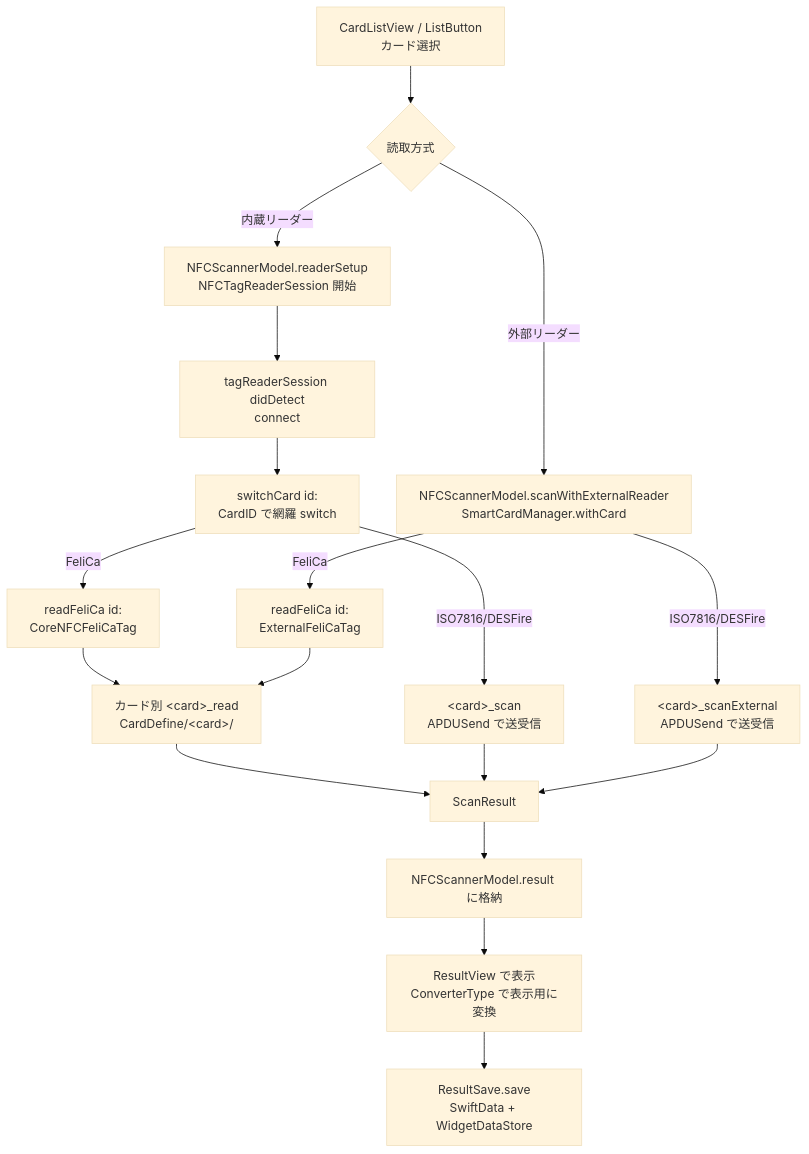
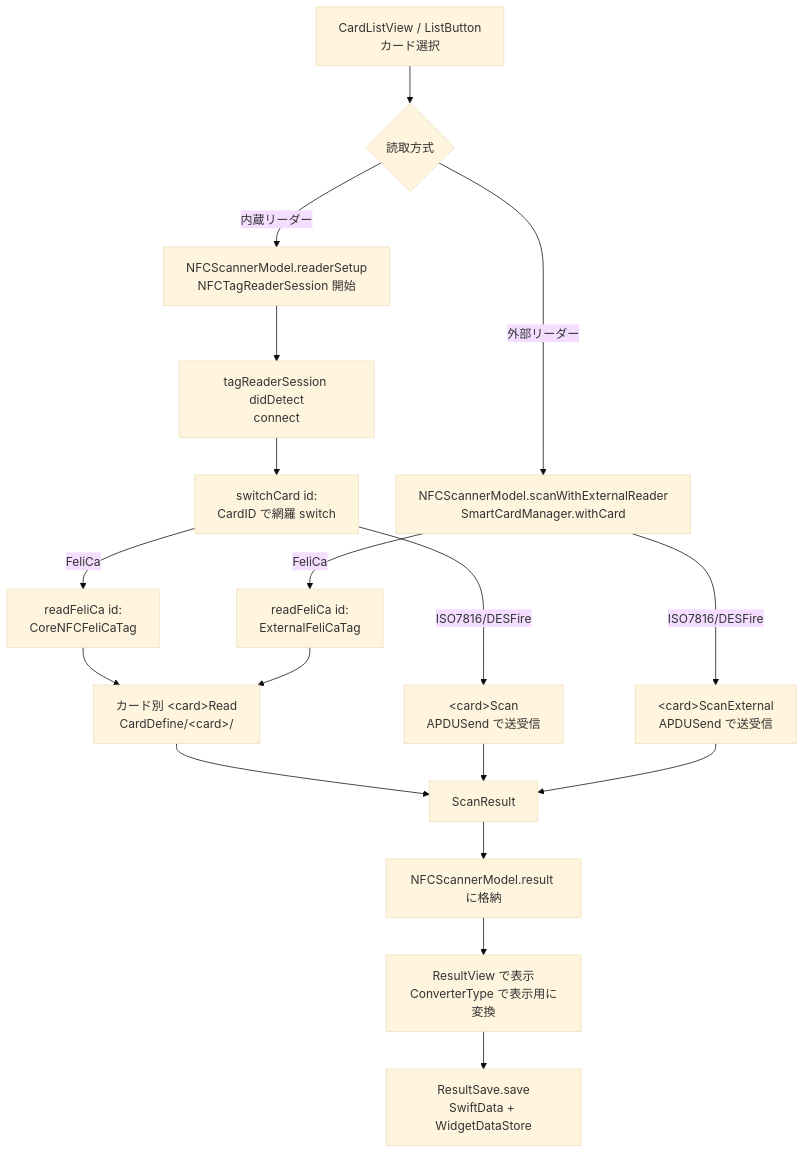
The diagram in doc/dev/ARCHITECTURE.md (rs6-41/TransitICScanner), drawn with Mermaid (base theme) before and after one commit. The commit also changed other lines of this file and 79 other files, not shown here.

````diff
--- a/doc/dev/ARCHITECTURE.md
+++ b/doc/dev/ARCHITECTURE.md
@@ -123,20 +123,20 @@
 ```mermaid
 flowchart TD
     A[CardListView / ListButton<br/>カード選択] --> B{読取方式}
     B -- 内蔵リーダー --> C[NFCScannerModel.readerSetup<br/>NFCTagReaderSession 開始]
     C --> D[tagReaderSession didDetect<br/>connect]
     D --> E[switchCard id:<br/>CardID で網羅 switch]
     B -- 外部リーダー --> F[NFCScannerModel.scanWithExternalReader<br/>SmartCardManager.withCard]
     E -- FeliCa --> G[readFeliCa id:<br/>CoreNFCFeliCaTag]
     F -- FeliCa --> H[readFeliCa id:<br/>ExternalFeliCaTag]
-    G --> I[カード別 &lt;card&gt;_read<br/>CardDefine/&lt;card&gt;/]
+    G --> I[カード別 &lt;card&gt;Read<br/>CardDefine/&lt;card&gt;/]
     H --> I
-    E -- ISO7816/DESFire --> J[&lt;card&gt;_scan<br/>APDUSend で送受信]
-    F -- ISO7816/DESFire --> K[&lt;card&gt;_scanExternal<br/>APDUSend で送受信]
+    E -- ISO7816/DESFire --> J[&lt;card&gt;Scan<br/>APDUSend で送受信]
+    F -- ISO7816/DESFire --> K[&lt;card&gt;ScanExternal<br/>APDUSend で送受信]
     I --> L[ScanResult]
     J --> L
     K --> L
     L --> M[NFCScannerModel.result に格納]
     M --> N[ResultView で表示<br/>ConverterType で表示用に変換]
     N --> O[ResultSave.save<br/>SwiftData + WidgetDataStore]
 ```
````
